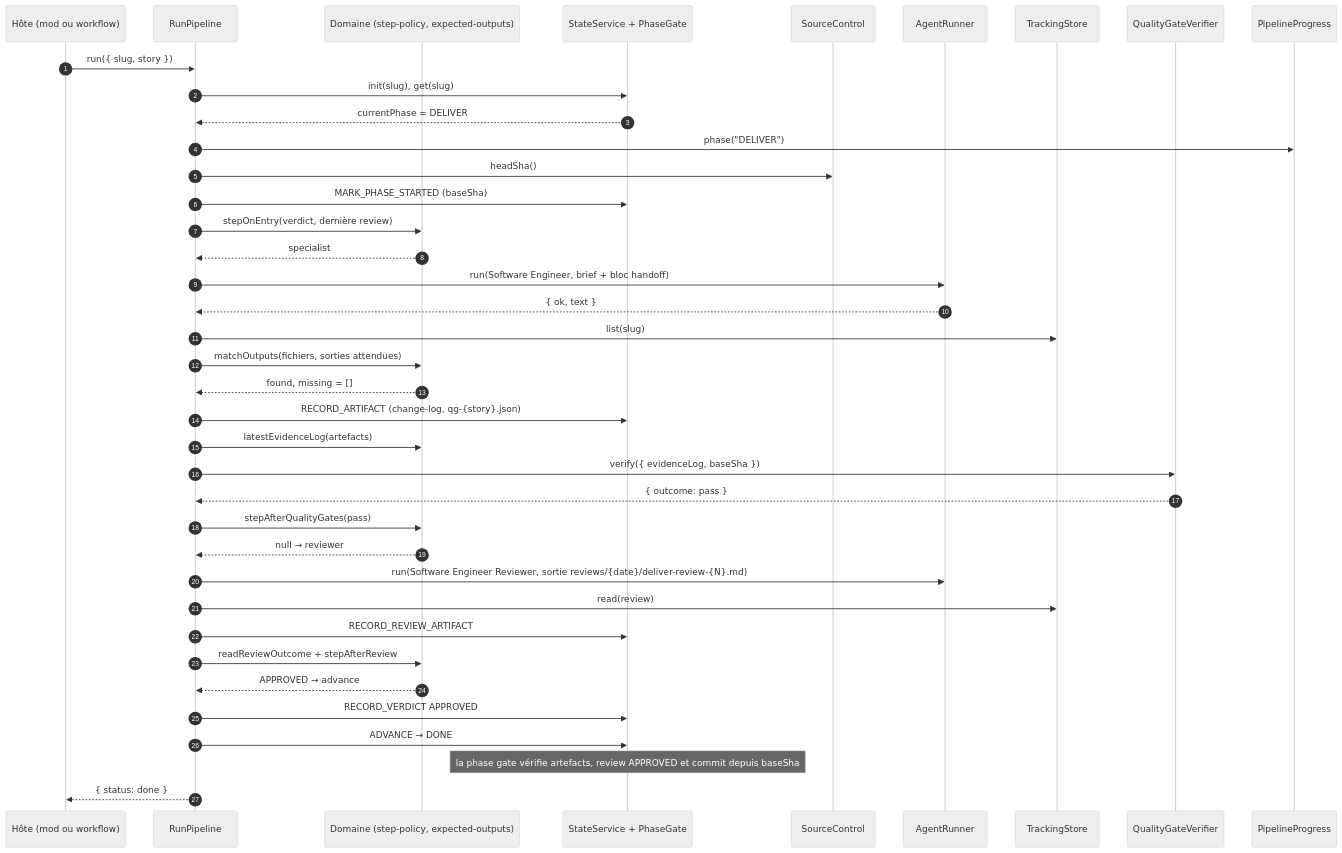
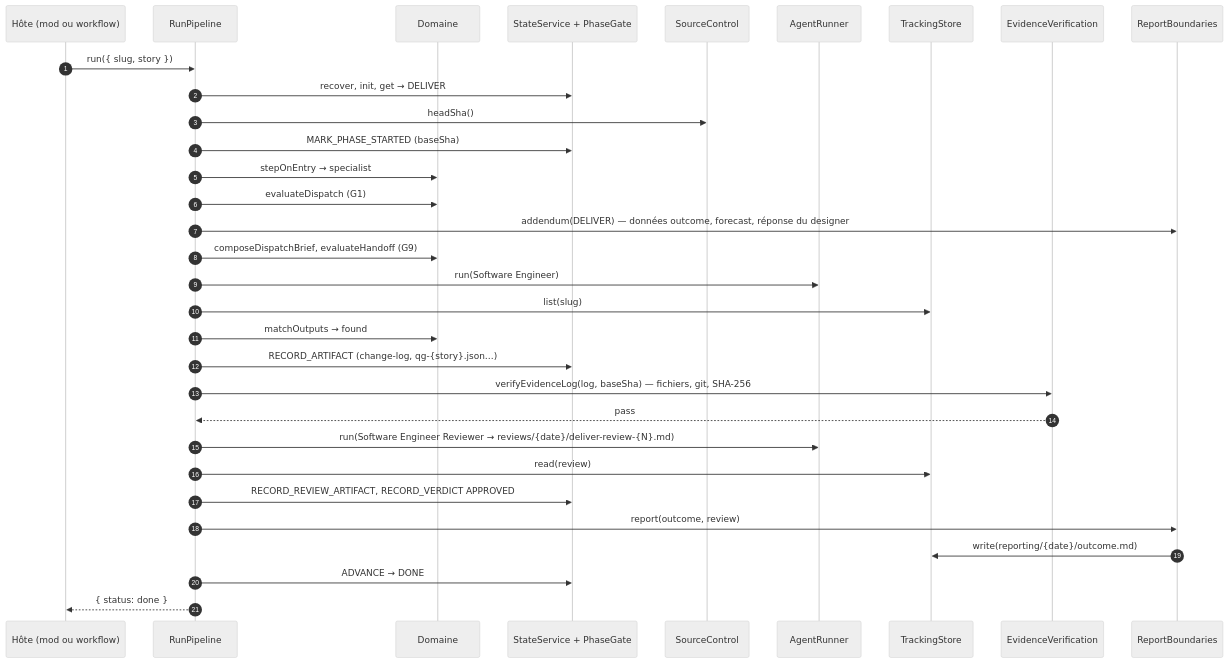
The third of 5 diagrams in docs/run-pipeline.md (SebastienDegodez/skraft-plugin), drawn with Mermaid (neutral theme) before and after one commit. The commit also changed other lines of this file and 10 other files, not shown here.

First line of the commit message:
docs(pipeline): ADR-010, RunPipeline doc rewritten, hooks pages without G1/G6/G9

````diff
--- a/docs/run-pipeline.md
+++ b/docs/run-pipeline.md
@@ -180,42 +250,35 @@
 ```mermaid
 sequenceDiagram
   autonumber
   participant H as Hôte (mod ou workflow)
   participant UC as RunPipeline
-  participant D as Domaine (step-policy, expected-outputs)
+  participant D as Domaine
   participant S as StateService + PhaseGate
   participant SC as SourceControl
   participant A as AgentRunner
   participant T as TrackingStore
-  participant Q as QualityGateVerifier
-  participant P as PipelineProgress
+  participant EV as EvidenceVerification
+  participant RB as ReportBoundaries
 
   H->>UC: run({ slug, story })
-  UC->>S: init(slug), get(slug)
-  S-->>UC: currentPhase = DELIVER
-  UC->>P: phase("DELIVER")
+  UC->>S: recover, init, get → DELIVER
   UC->>SC: headSha()
   UC->>S: MARK_PHASE_STARTED (baseSha)
-  UC->>D: stepOnEntry(verdict, dernière review)
-  D-->>UC: specialist
-  UC->>A: run(Software Engineer, brief + bloc handoff)
-  A-->>UC: { ok, text }
+  UC->>D: stepOnEntry → specialist
+  UC->>D: evaluateDispatch (G1)
+  UC->>RB: addendum(DELIVER) — données outcome, forecast, réponse du designer
+  UC->>D: composeDispatchBrief, evaluateHandoff (G9)
+  UC->>A: run(Software Engineer)
   UC->>T: list(slug)
-  UC->>D: matchOutputs(fichiers, sorties attendues)
-  D-->>UC: found, missing = []
-  UC->>S: RECORD_ARTIFACT (change-log, qg-{story}.json)
-  UC->>D: latestEvidenceLog(artefacts)
-  UC->>Q: verify({ evidenceLog, baseSha })
-  Q-->>UC: { outcome: pass }
-  UC->>D: stepAfterQualityGates(pass)
-  D-->>UC: null → reviewer
-  UC->>A: run(Software Engineer Reviewer, sortie reviews/{date}/deliver-review-{N}.md)
+  UC->>D: matchOutputs → found
+  UC->>S: RECORD_ARTIFACT (change-log, qg-{story}.json…)
+  UC->>EV: verifyEvidenceLog(log, baseSha) — fichiers, git, SHA-256
+  EV-->>UC: pass
+  UC->>A: run(Software Engineer Reviewer → reviews/{date}/deliver-review-{N}.md)
   UC->>T: read(review)
-  UC->>S: RECORD_REVIEW_ARTIFACT
-  UC->>D: readReviewOutcome + stepAfterReview
-  D-->>UC: APPROVED → advance
-  UC->>S: RECORD_VERDICT APPROVED
+  UC->>S: RECORD_REVIEW_ARTIFACT, RECORD_VERDICT APPROVED
+  UC->>RB: report(outcome, review)
+  RB->>T: write(reporting/{date}/outcome.md)
   UC->>S: ADVANCE → DONE
-  Note over S: la phase gate vérifie artefacts, review APPROVED et commit depuis baseSha
   UC-->>H: { status: done }
 ```
````
